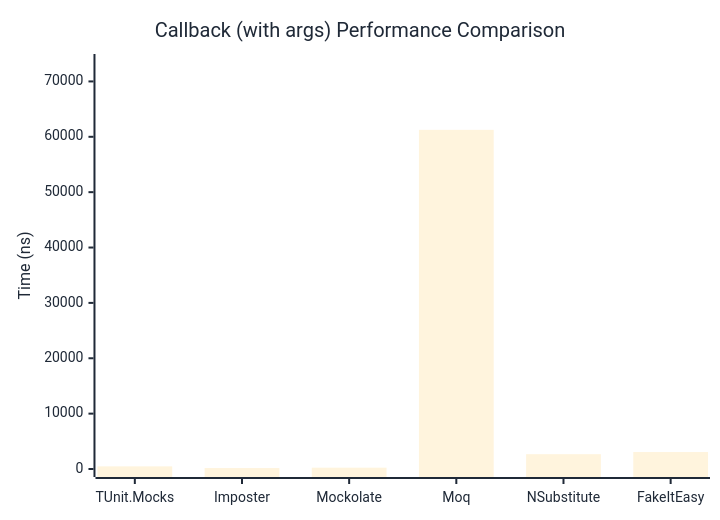
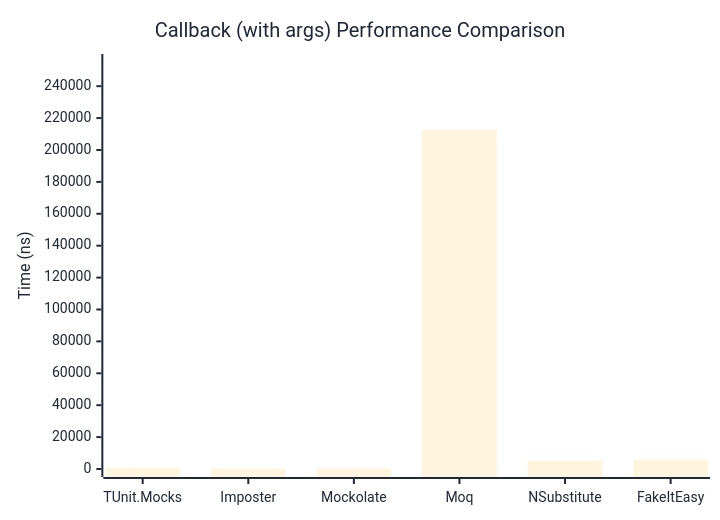
One commit to thomhurst/TUnit changed the second of 2 diagrams in docs/docs/benchmarks/mocks/Callback.md. Above: the diagram before and after it, drawn with Mermaid. The commit also changed other lines of this file and 14 other files, not shown here.

````diff
--- a/docs/docs/benchmarks/mocks/Callback.md
+++ b/docs/docs/benchmarks/mocks/Callback.md
@@ -71,27 +71,27 @@
 ```mermaid
 %%{init: {
   'theme':'base',
   'themeVariables': {
     'primaryColor': '#2563eb',
     'primaryTextColor': '#1f2937',
     'primaryBorderColor': '#1e40af',
     'lineColor': '#6b7280',
     'secondaryColor': '#7c3aed',
     'tertiaryColor': '#dc2626',
     'background': '#ffffff',
     'pie1': '#2563eb',
     'pie2': '#7c3aed',
     'pie3': '#dc2626',
     'pie4': '#f59e0b',
     'pie5': '#10b981',
     'pie6': '#06b6d4',
     'pie7': '#ec4899',
     'pie8': '#6366f1'
   }
 }}%%
 xychart-beta
   title "Callback (with args) Performance Comparison"
   x-axis ["TUnit.Mocks", "Imposter", "Mockolate", "Moq", "NSubstitute", "FakeItEasy"]
-  y-axis "Time (ns)" 0 --> 73509
-  bar [475.3, 170.9, 239.2, 61257.2, 2677.5, 3063.4]
+  y-axis "Time (ns)" 0 --> 255151
+  bar [722.5, 263.9, 354.6, 212625.2, 5204.2, 5912.2]
 ```
````
